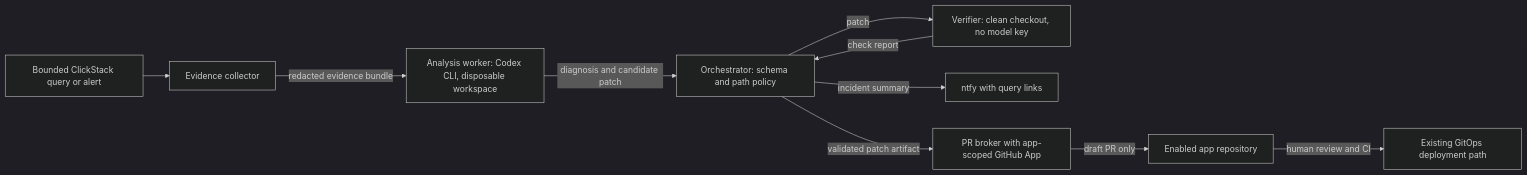
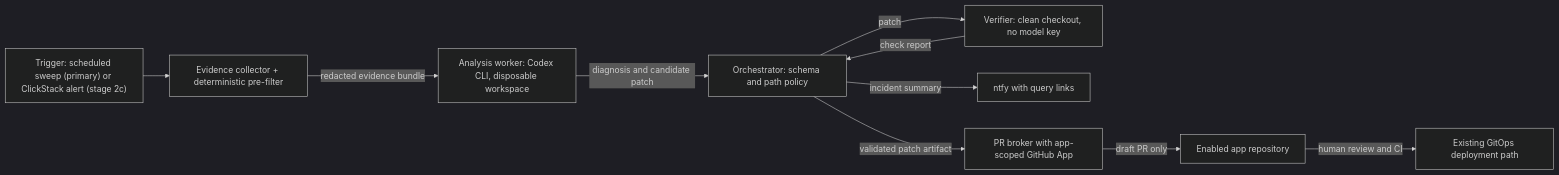
Before and after one commit to samclement/swhurl-platform: the fourth of 4 diagrams in docs/plan.md, drawn with Mermaid (dark theme). The commit also changed other lines of this file, not shown here.

Commit message:
Plan: sweep-first trigger and AI/deterministic boundary for incident review

````diff
--- a/docs/plan.md
+++ b/docs/plan.md
@@ -460,12 +462,12 @@
 ```mermaid
 flowchart LR
-    signal[Bounded ClickStack query or alert] --> collect[Evidence collector]
+    signal["Trigger: scheduled sweep (primary) or ClickStack alert (stage 2c)"] --> collect["Evidence collector + deterministic pre-filter"]
     collect -->|redacted evidence bundle| review[Analysis worker: Codex CLI, disposable workspace]
     review -->|diagnosis and candidate patch| gate[Orchestrator: schema and path policy]
     gate -->|patch| verify[Verifier: clean checkout, no model key]
     verify -->|check report| gate
     gate -->|incident summary| notify[ntfy with query links]
     gate -->|validated patch artifact| broker[PR broker with app-scoped GitHub App]
     broker -->|draft PR only| repo[Enabled app repository]
     repo -->|human review and CI| merge[Existing GitOps deployment path]
 ```
````
